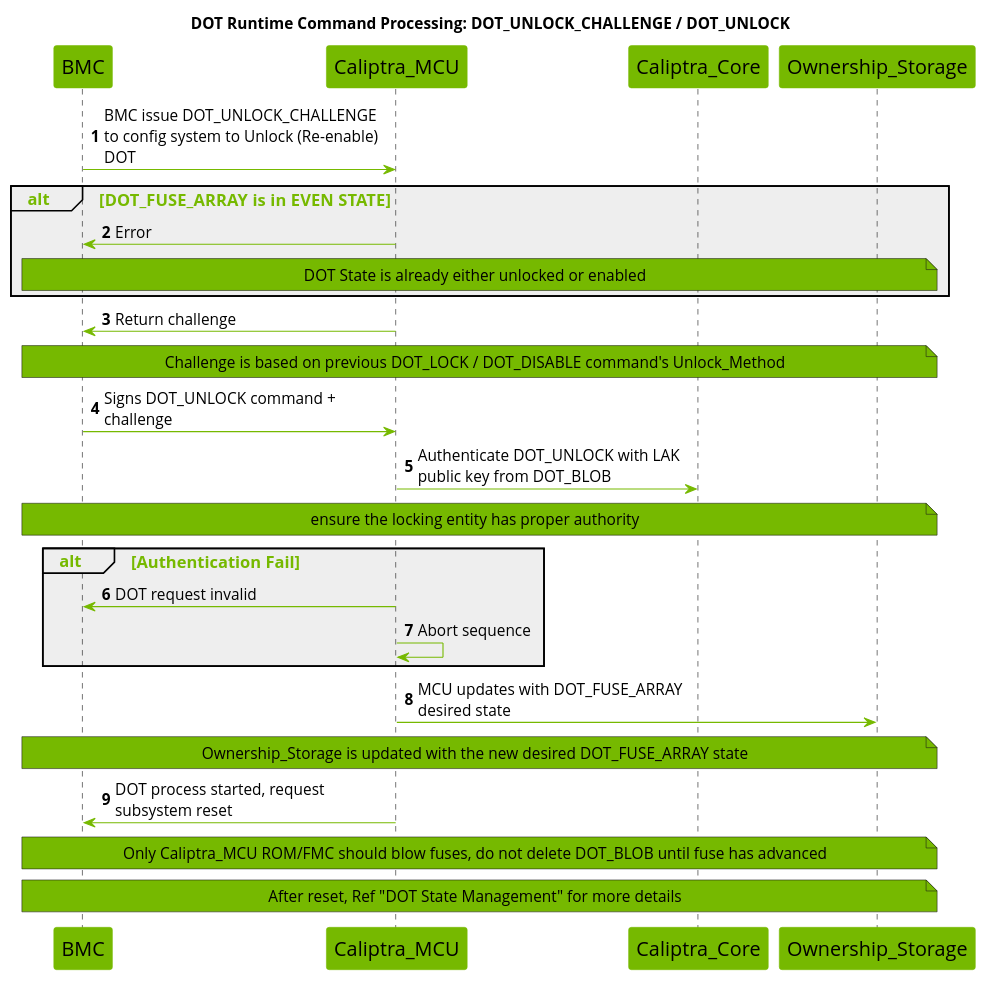
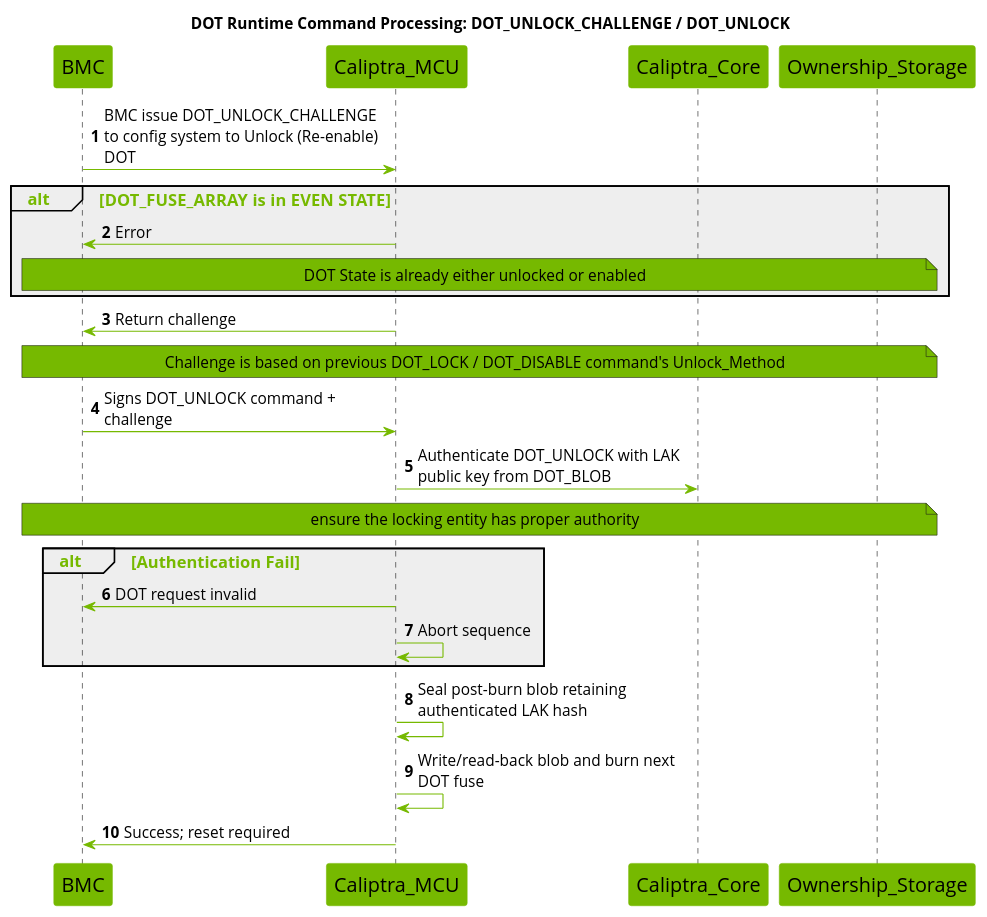
Before and after one commit to chipsalliance/caliptra-mcu-sw: the third of 8 diagrams in docs/src/dot.md, drawn with PlantUML. The commit also changed other lines of this file and 59 other files, not shown here.

First line of the commit message:
[feat] DOT: implement ownership transfer commands over MCI and SPDM VDM (#1930)

````diff
--- a/docs/src/dot.md
+++ b/docs/src/dot.md
@@ -640,60 +620,58 @@
 ```plantuml
 @startuml
 
 title DOT Runtime Command Processing: DOT_UNLOCK_CHALLENGE / DOT_UNLOCK
 
 skinparam maxMessageSize 250
 skinparam wrapWidth 700
 skinparam backgroundColor white
 skinparam NoteBackgroundColor #76b900
 skinparam NoteFontSize 14
 skinparam SequenceGroupBodyBackgroundColor #EEEEEE
 skinparam defaultFontName Open Sans
 
 skinparam sequence {
     ArrowColor #76b900
     ActorBorderColor #76b900
     LifeLineBorderColor #000000
     LifeLineBackgroundColor #76b900
     GroupHeaderFontsize 15
     GroupHeaderFontColor #76b900
     GroupFontSize 15
     GroupFontColor #76b900
     ArrowFontSize 15
     ParticipantBorderColor #76b900
     ParticipantBackgroundColor #76b900
     ParticipantFontSize 18
     ParticipantFontColor black
     ArrowFontSize 14
 }
 
 participant BMC
 participant Caliptra_MCU
 participant Caliptra_Core
 participant Ownership_Storage
 
 autonumber
 
 BMC -> Caliptra_MCU : BMC issue DOT_UNLOCK_CHALLENGE to config system to Unlock (Re-enable) DOT
 alt DOT_FUSE_ARRAY is in EVEN STATE
     Caliptra_MCU -> BMC : Error
     note across : DOT State is already either unlocked or enabled
 end
 
 Caliptra_MCU -> BMC : Return challenge
 note across : Challenge is based on previous DOT_LOCK / DOT_DISABLE command's Unlock_Method
 BMC -> Caliptra_MCU : Signs DOT_UNLOCK command + challenge
 Caliptra_MCU -> Caliptra_Core : Authenticate DOT_UNLOCK with LAK public key from DOT_BLOB
 note across : ensure the locking entity has proper authority
 alt Authentication Fail
     Caliptra_MCU -> BMC : DOT request invalid
     Caliptra_MCU -> Caliptra_MCU : Abort sequence
 end
-Caliptra_MCU -> Ownership_Storage : MCU updates with DOT_FUSE_ARRAY desired state
-note across : Ownership_Storage is updated with the new desired DOT_FUSE_ARRAY state
-Caliptra_MCU -> BMC : DOT process started, request subsystem reset
-note across : Only Caliptra_MCU ROM/FMC should blow fuses, do not delete DOT_BLOB until fuse has advanced
-note across : After reset, Ref "DOT State Management" for more details
+Caliptra_MCU -> Caliptra_MCU : Seal post-burn blob retaining authenticated LAK hash
+Caliptra_MCU -> Caliptra_MCU : Write/read-back blob and burn next DOT fuse
+Caliptra_MCU -> BMC : Success; reset required
 
 @enduml
 ```
````
